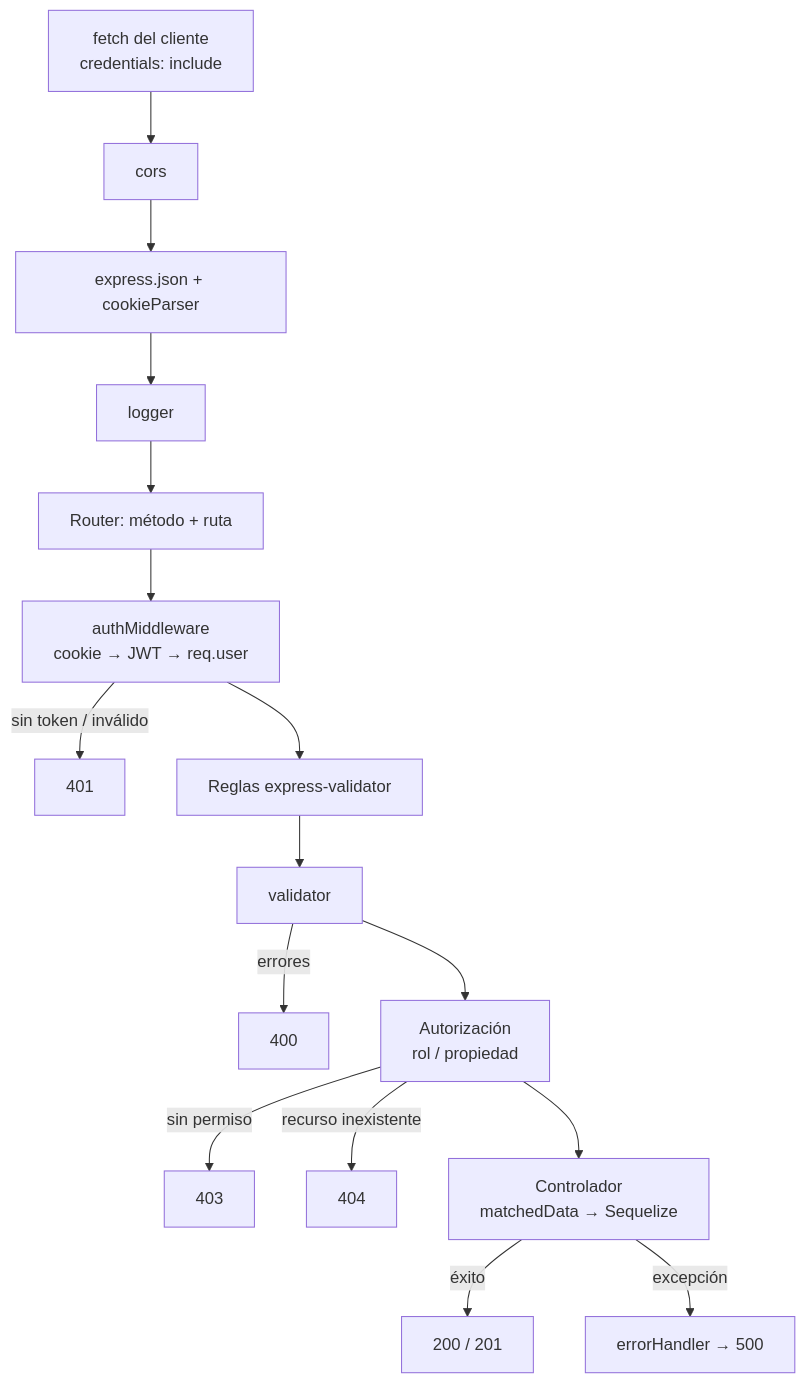
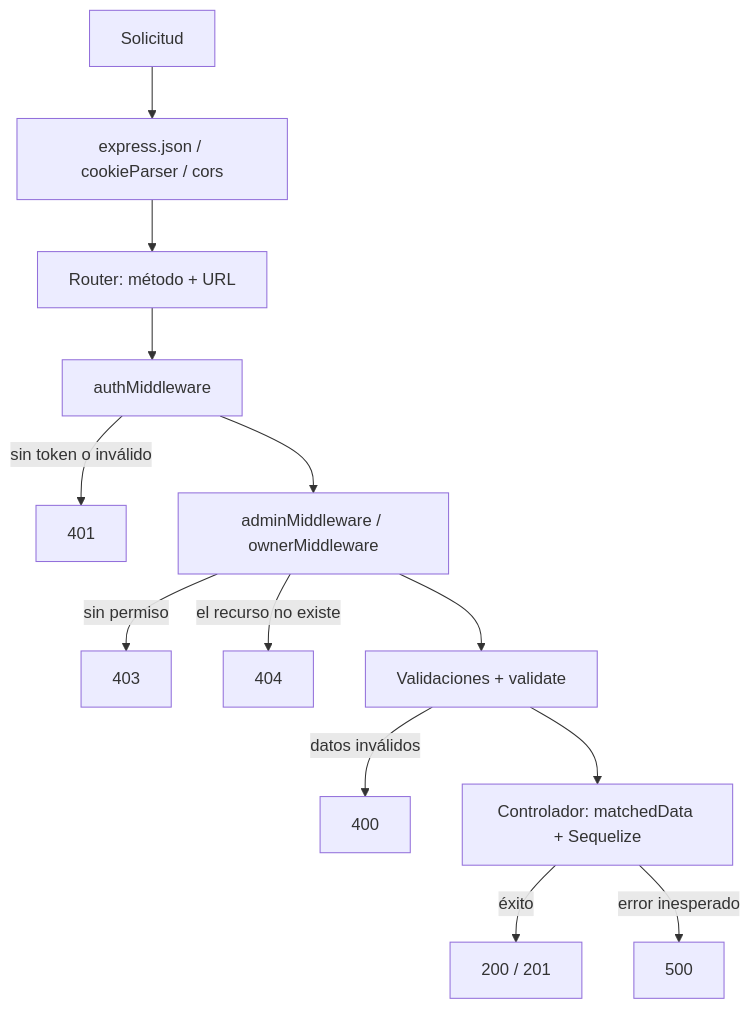
The first of 3 diagrams in backend/08-integrador-final/README.md (bbautista2026ipf-star/javascript-documentacion-berenfeld-bautista), drawn with Mermaid before and after one commit. The commit also changed other lines of this file, not shown here.

Commit message:
refactor: se rehízo el integrador final con la estructura del TP integrador

````diff
--- a/backend/08-integrador-final/README.md
+++ b/backend/08-integrador-final/README.md
@@ -28,18 +29,15 @@
 ```mermaid
 flowchart TD
-    A[fetch del cliente<br/>credentials: include] --> B[cors]
-    B --> C[express.json + cookieParser]
-    C --> D[logger]
-    D --> E[Router: método + ruta]
-    E --> F[authMiddleware<br/>cookie → JWT → req.user]
-    F -->|sin token / inválido| X1[401]
-    F --> G[Reglas express-validator]
-    G --> H[validator]
-    H -->|errores| X2[400]
-    H --> I[Autorización<br/>rol / propiedad]
-    I -->|sin permiso| X3[403]
-    I -->|recurso inexistente| X4[404]
-    I --> J[Controlador<br/>matchedData → Sequelize]
-    J -->|éxito| K[200 / 201]
-    J -->|excepción| L[errorHandler → 500]
+    A[Solicitud] --> B[express.json / cookieParser / cors]
+    B --> C[Router: método + URL]
+    C --> D[authMiddleware]
+    D -->|sin token o inválido| X1[401]
+    D --> E[adminMiddleware / ownerMiddleware]
+    E -->|sin permiso| X2[403]
+    E -->|el recurso no existe| X3[404]
+    E --> F[Validaciones + validate]
+    F -->|datos inválidos| X4[400]
+    F --> G[Controlador: matchedData + Sequelize]
+    G -->|éxito| H[200 / 201]
+    G -->|error inesperado| I[500]
 ```
````
